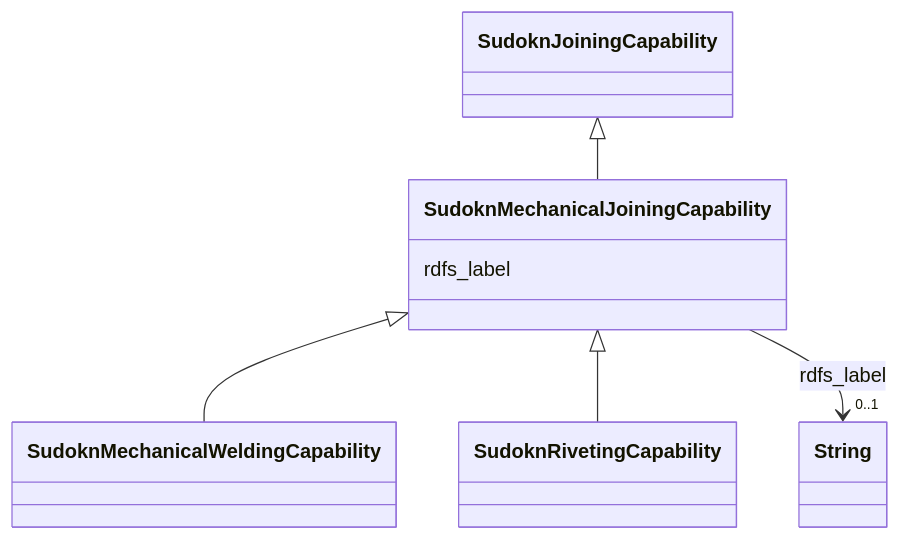
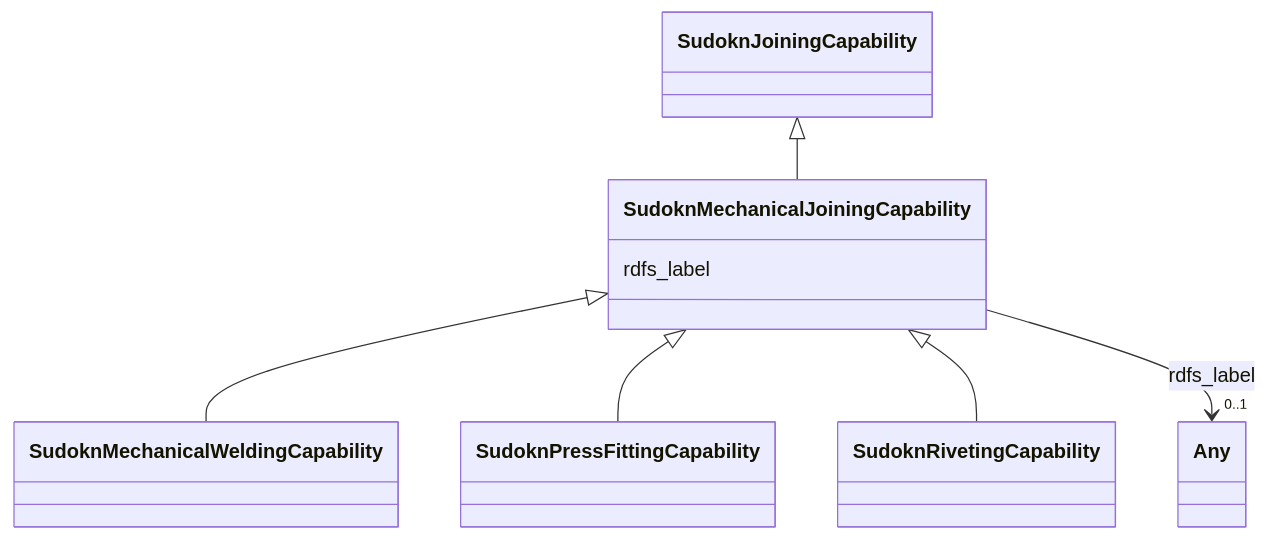
One commit to frink-okn/graph-descriptions changed the diagram in sudokn-kg/classes/SudoknMechanicalJoiningCapability.md. Above: the diagram before and after it, drawn with Mermaid. The commit also changed other lines of this file and 903 other files, not shown here.

````diff
--- a/sudokn-kg/classes/SudoknMechanicalJoiningCapability.md
+++ b/sudokn-kg/classes/SudoknMechanicalJoiningCapability.md
@@ -23,25 +18,27 @@
 ```mermaid
  classDiagram
     class SudoknMechanicalJoiningCapability
     click SudoknMechanicalJoiningCapability href "../SudoknMechanicalJoiningCapability"
       SudoknJoiningCapability <|-- SudoknMechanicalJoiningCapability
         click SudoknJoiningCapability href "../SudoknJoiningCapability"
       
 
       SudoknMechanicalJoiningCapability <|-- SudoknMechanicalWeldingCapability
         click SudoknMechanicalWeldingCapability href "../SudoknMechanicalWeldingCapability"
+      SudoknMechanicalJoiningCapability <|-- SudoknPressFittingCapability
+        click SudoknPressFittingCapability href "../SudoknPressFittingCapability"
       SudoknMechanicalJoiningCapability <|-- SudoknRivetingCapability
         click SudoknRivetingCapability href "../SudoknRivetingCapability"
       
       
       SudoknMechanicalJoiningCapability : rdfs_label
         
           
     
     
-    SudoknMechanicalJoiningCapability --> "0..1" String : rdfs_label
-    click String href "../String"
+    SudoknMechanicalJoiningCapability --> "0..1" Any : rdfs_label
+    click Any href "../Any"
 
         
       
 ```
````
